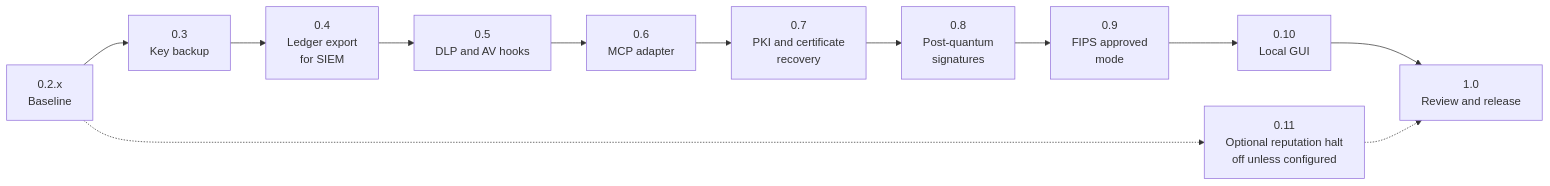
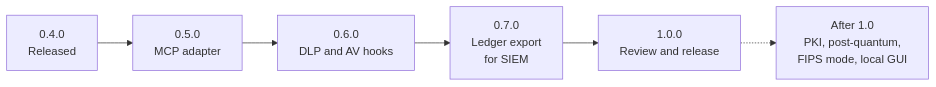
One commit to Insomniac-VibeLabs/two-key changed the fourth of 4 diagrams in README.md. Above: the diagram before and after it, drawn with Mermaid. The commit also changed other lines of this file and 11 other files, not shown here.

First line of the commit message:
Docs: roadmap order (MCP, DLP/AV, SIEM, 1.0), README intro and MCP section

````diff
--- a/README.md
+++ b/README.md
@@ -407,14 +506,8 @@
 ```mermaid
 flowchart LR
-  p0["0.2.x<br/>Baseline"] --> p1["0.3<br/>Key backup"]
-  p1 --> p2["0.4<br/>Ledger export<br/>for SIEM"]
-  p2 --> p3["0.5<br/>DLP and AV hooks"]
-  p3 --> p4["0.6<br/>MCP adapter"]
-  p4 --> p5["0.7<br/>PKI and certificate<br/>recovery"]
-  p5 --> p6["0.8<br/>Post-quantum<br/>signatures"]
-  p6 --> p7["0.9<br/>FIPS approved<br/>mode"]
-  p7 --> p8["0.10<br/>Local GUI"]
-  p8 --> p9["1.0<br/>Review and release"]
-  p0 -.-> prep["0.11<br/>Optional reputation halt<br/>off unless configured"]
-  prep -.-> p9
+  r04["0.4.0<br/>Released"] --> r05["0.5.0<br/>MCP adapter"]
+  r05 --> r06["0.6.0<br/>DLP and AV hooks"]
+  r06 --> r07["0.7.0<br/>Ledger export<br/>for SIEM"]
+  r07 --> r10["1.0.0<br/>Review and release"]
+  r10 -.-> after["After 1.0<br/>PKI, post-quantum,<br/>FIPS mode, local GUI"]
 ```
````
